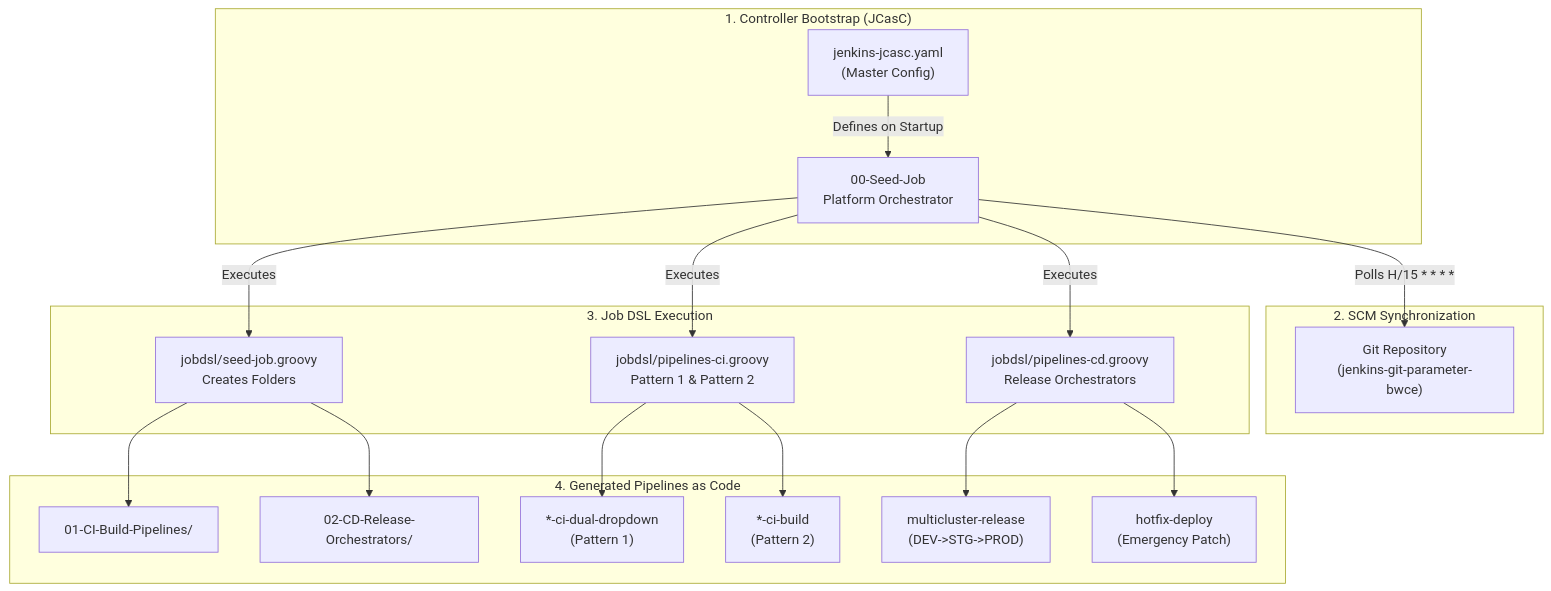
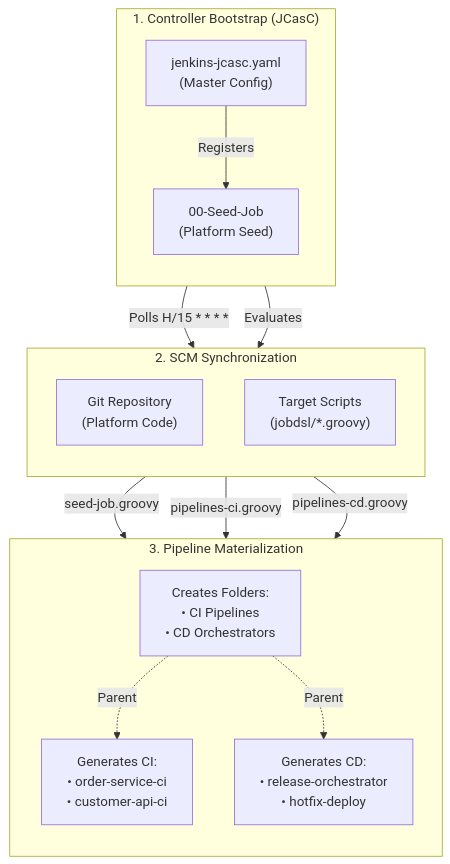
Before and after one commit to nubenetes/jenkins-git-parameter-bwce: the sixth of 11 diagrams in README.md, drawn with Mermaid. The commit also changed other lines of this file and 1 other file, not shown here.

Commit message:
docs: add in-depth Master Seed Job architecture, JCasC comparison table, and execution chain

````diff
--- a/README.md
+++ b/README.md
@@ -394,26 +394,24 @@
 ```mermaid
-flowchart TD
-    subgraph JCasC_Bootstrap ["1. Controller Bootstrap (JCasC)"]
-        JCasC["jenkins-jcasc.yaml<br/>(Master Config)"] -->|Defines on Startup| SeedJob["00-Seed-Job<br/>Platform Orchestrator"]
+flowchart TB
+    subgraph JCasC_Phase ["1. Controller Bootstrap (JCasC)"]
+        direction TB
+        JCasC["jenkins-jcasc.yaml<br/>(Master Config)"] -->|"Registers"| SeedJob["00-Seed-Job<br/>(Platform Seed)"]
     end
 
-    subgraph SCM_Track ["2. SCM Synchronization"]
-        Repo["Git Repository<br/>(jenkins-git-parameter-bwce)"]
-        SeedJob -->|"Polls H/15 * * * *"| Repo
+    subgraph SCM_Phase ["2. SCM Synchronization"]
+        direction TB
+        GitRepo["Git Repository<br/>(Platform Code)"]
+        SeedJob -->|"Polls H/15 * * * *"| GitRepo
+        SeedJob -->|"Evaluates"| JobDSLFiles["Target Scripts<br/>(jobdsl/*.groovy)"]
     end
 
-    subgraph JobDSL_Exec ["3. Job DSL Execution"]
-        SeedJob -->|"Executes"| SeedGroovy["jobdsl/seed-job.groovy<br/>Creates Folders"]
-        SeedJob -->|"Executes"| CIGroovy["jobdsl/pipelines-ci.groovy<br/>Pattern 1 & Pattern 2"]
-        SeedJob -->|"Executes"| CDGroovy["jobdsl/pipelines-cd.groovy<br/>Release Orchestrators"]
+    subgraph Materialization ["3. Pipeline Materialization"]
+        direction TB
+        JobDSLFiles -->|"seed-job.groovy"| Folders["Creates Folders:<br/>• CI Pipelines<br/>• CD Orchestrators"]
+        JobDSLFiles -->|"pipelines-ci.groovy"| CIPipelines["Generates CI:<br/>• order-service-ci<br/>• customer-api-ci"]
+        JobDSLFiles -->|"pipelines-cd.groovy"| CDPipelines["Generates CD:<br/>• release-orchestrator<br/>• hotfix-deploy"]
     end
 
-    subgraph Generated_Pipelines ["4. Generated Pipelines as Code"]
-        SeedGroovy --> Folder1["01-CI-Build-Pipelines/"]
-        SeedGroovy --> Folder2["02-CD-Release-Orchestrators/"]
-        CIGroovy --> DualDrop["*-ci-dual-dropdown<br/>(Pattern 1)"]
-        CIGroovy --> Decoupled["*-ci-build<br/>(Pattern 2)"]
-        CDGroovy --> CDRelease["multicluster-release<br/>(DEV->STG->PROD)"]
-        CDGroovy --> Hotfix["hotfix-deploy<br/>(Emergency Patch)"]
-    end
+    Folders -.->|"Parent"| CIPipelines
+    Folders -.->|"Parent"| CDPipelines
 ```
````
